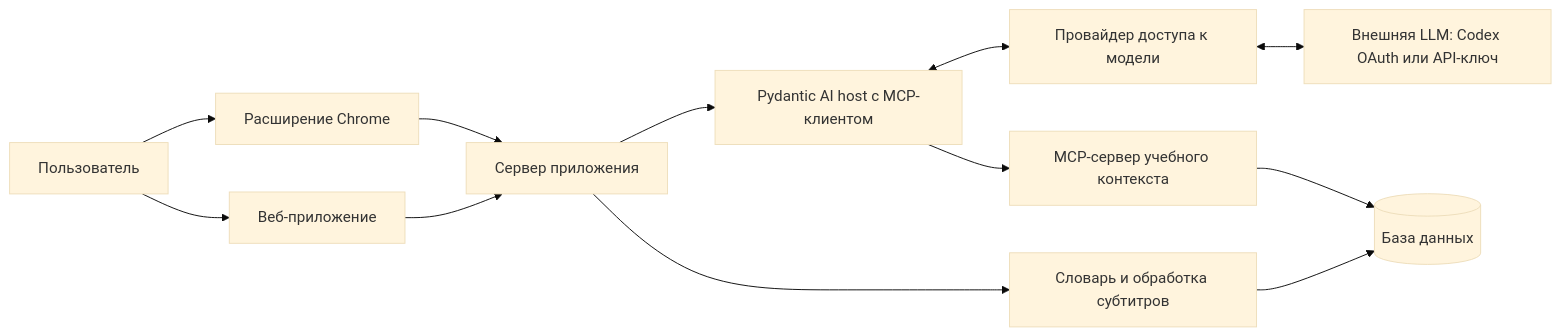
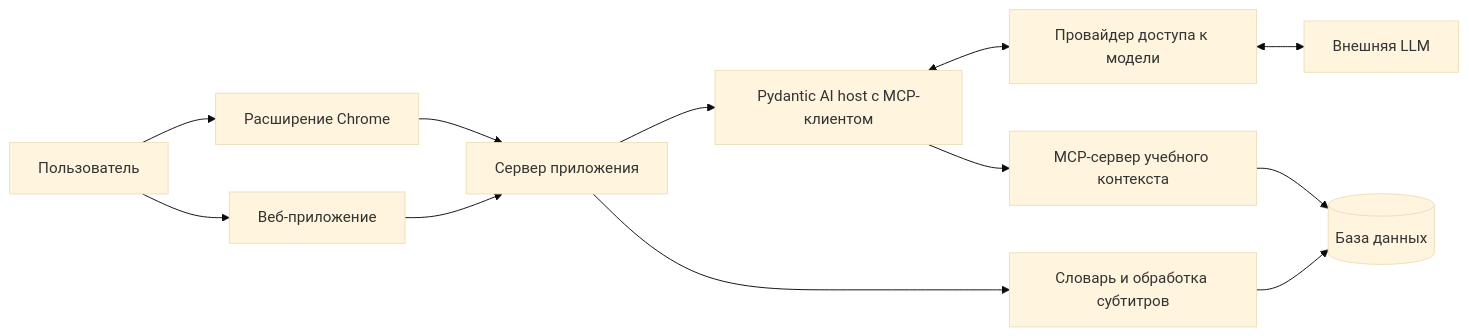
One commit to GlebNM/language_tutor changed the diagram in SPEC.md. Above: the diagram before and after it, drawn with Mermaid (base theme). The commit also changed other lines of this file and 10 other files, not shown here.

````diff
--- a/SPEC.md
+++ b/SPEC.md
@@ -242,14 +244,14 @@
 ```mermaid
 flowchart LR
     U[Пользователь] --> E[Расширение Chrome]
     U --> W[Веб-приложение]
     E --> API[Сервер приложения]
     W --> API
     API --> H[Pydantic AI host с MCP-клиентом]
     H <--> P[Провайдер доступа к модели]
-    P <--> LLM[Внешняя LLM: Codex OAuth или API-ключ]
+    P <--> LLM[Внешняя LLM]
     H --> MCP[MCP-сервер учебного контекста]
     MCP --> DB[(База данных)]
     API --> D[Словарь и обработка субтитров]
     D --> DB
 ```
````
